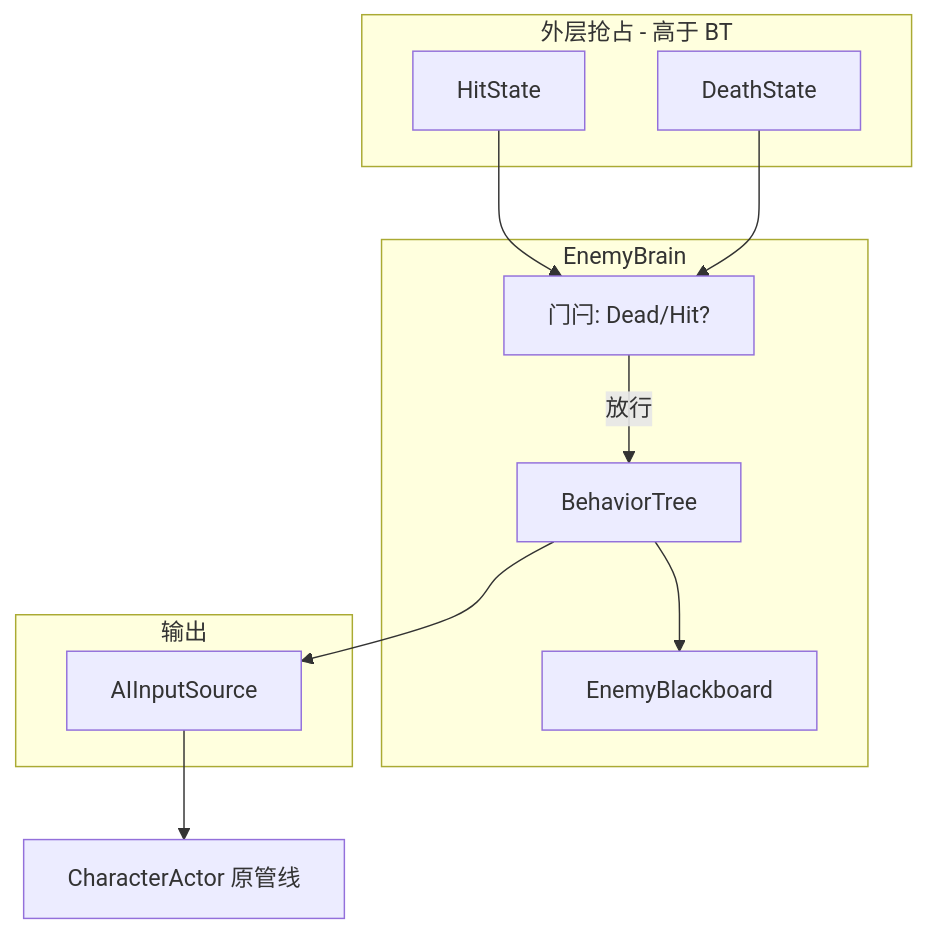
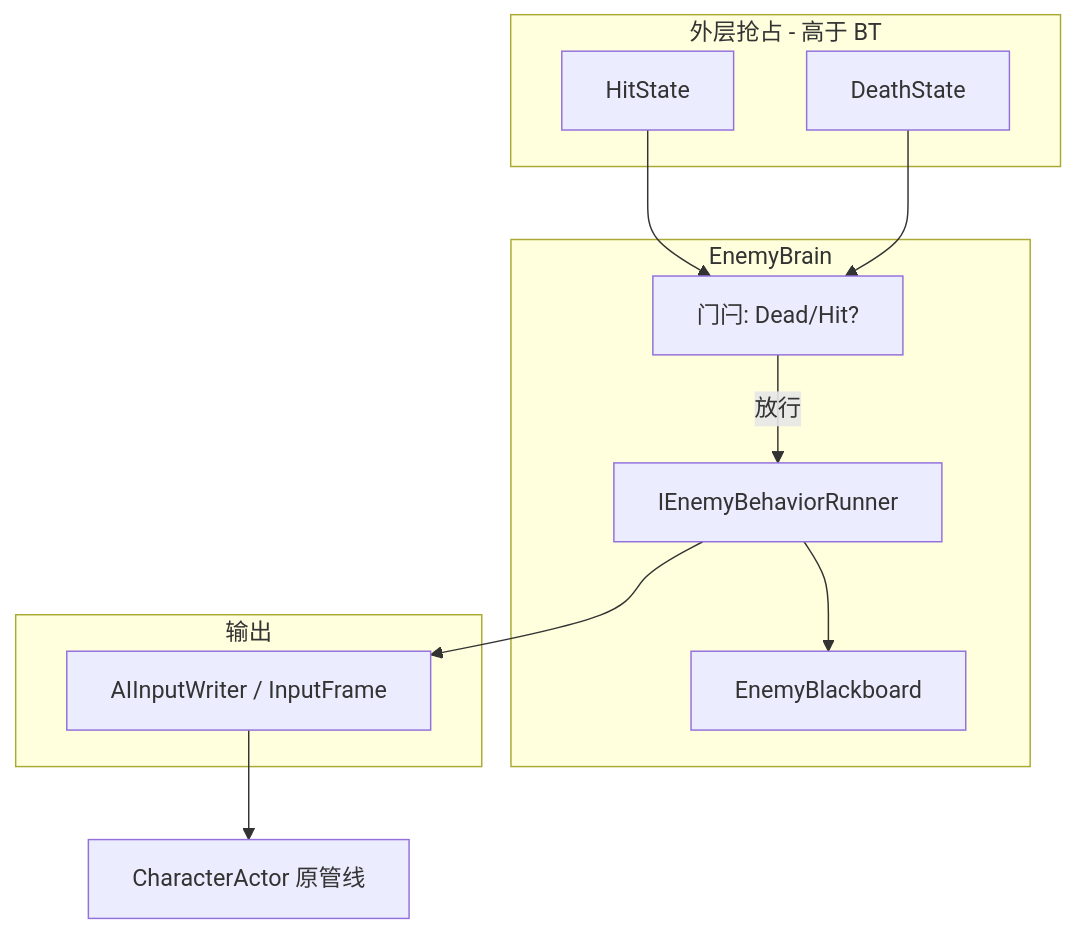
The diagram in docs/ENEMY_BEHAVIOR_TREE_PLAN.md (diosamacao/DiavoloGame), drawn with Mermaid before and after one commit. The commit also changed other lines of this file and 2 other files, not shown here.

````diff
--- a/docs/ENEMY_BEHAVIOR_TREE_PLAN.md
+++ b/docs/ENEMY_BEHAVIOR_TREE_PLAN.md
@@ -59,21 +63,21 @@
 ```mermaid
 flowchart TB
   subgraph preempt [外层抢占 - 高于 BT]
     Hit[HitState]
     Death[DeathState]
   end
   subgraph brain [EnemyBrain]
     Gate[门闩: Dead/Hit?]
-    BT[BehaviorTree]
+    Runner[IEnemyBehaviorRunner]
     BB[EnemyBlackboard]
   end
   subgraph out [输出]
-    AI[AIInputSource]
+    AI[AIInputWriter / InputFrame]
   end
   Hit --> Gate
   Death --> Gate
-  Gate -->|放行| BT
-  BT --> BB
-  BT --> AI
+  Gate -->|放行| Runner
+  Runner --> BB
+  Runner --> AI
   AI --> Actor[CharacterActor 原管线]
 ```
````
